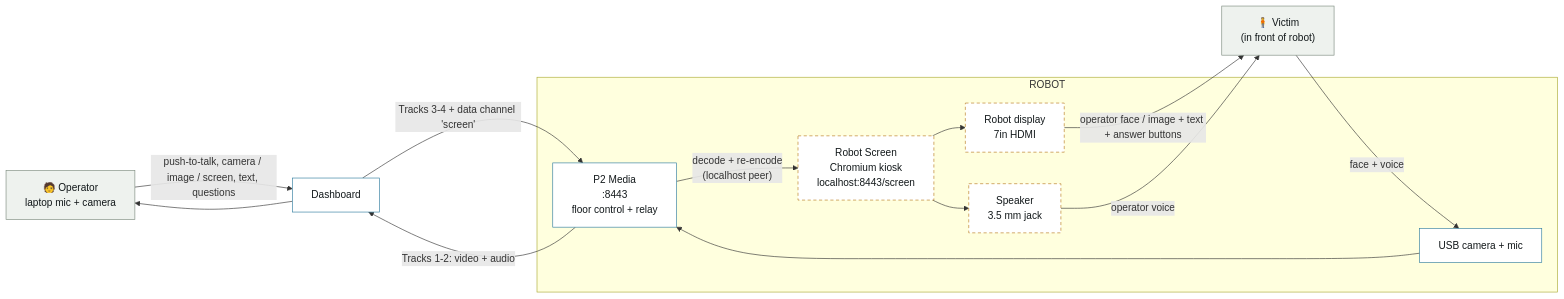
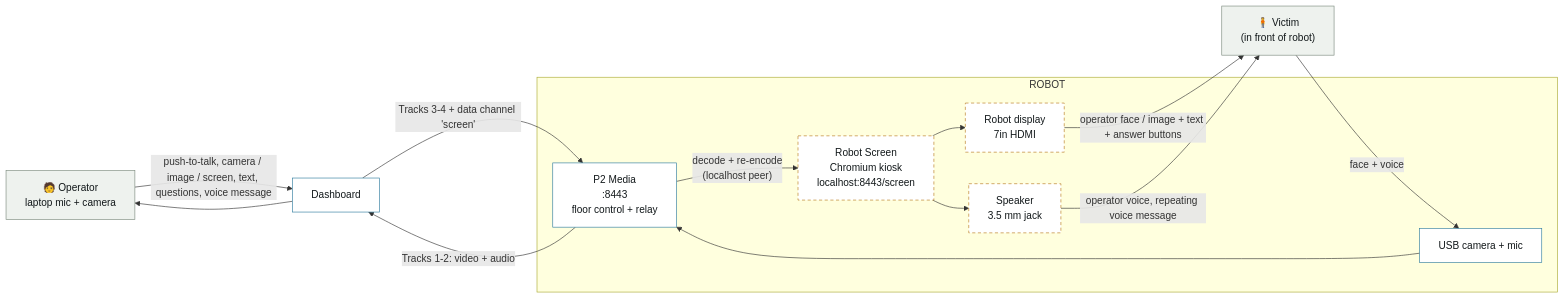
One commit to baiust999/robort-code-from-pi changed diagram 14 of 20 in docs/ARCHITECTURE.md. Above: the diagram before and after it, drawn with Mermaid. The commit also changed other lines of this file and 47 other files, not shown here.

First line of the commit message:
Add browser voice message testing framework with WebSocket integration

````diff
--- a/docs/ARCHITECTURE.md
+++ b/docs/ARCHITECTURE.md
@@ -613,30 +613,30 @@
 ```mermaid
 flowchart LR
     operator["🧑 Operator<br/>laptop mic + camera"]
     victim["🧍 Victim<br/>(in front of robot)"]
 
     subgraph robot["ROBOT"]
         cam["USB camera + mic"]
         p2["P2 Media<br/>:8443<br/>floor control + relay"]
         screen["Robot Screen<br/>Chromium kiosk<br/>localhost:8443/screen"]
         disp["Robot display<br/>7in HDMI"]
         spk["Speaker<br/>3.5 mm jack"]
     end
 
     dash["Dashboard"]
 
     victim -- "face + voice" --> cam --> p2
     p2 -- "Tracks 1-2: video + audio" --> dash --> operator
-    operator -- "push-to-talk, camera / image / screen, text, questions" --> dash
+    operator -- "push-to-talk, camera / image / screen, text, questions, voice message" --> dash
     dash -- "Tracks 3-4 + data channel 'screen'" --> p2
     p2 -- "decode + re-encode<br/>(localhost peer)" --> screen
     screen --> disp -- "operator face / image + text + answer buttons" --> victim
-    screen --> spk -- "operator voice" --> victim
+    screen --> spk -- "operator voice, repeating voice message" --> victim
 
     classDef added fill:#fff,stroke:#B7791F,stroke-dasharray:5 4,color:#12181A;
     classDef core fill:#fff,stroke:#2F7C9E,color:#12181A;
     classDef ext fill:#eef2ee,stroke:#7C8A7E,color:#12181A;
     class screen,disp,spk added;
     class cam,p2,dash core;
     class operator,victim ext;
 ```
````
